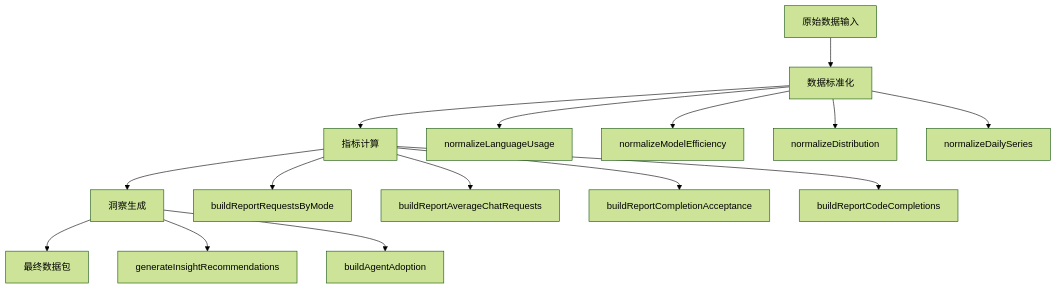
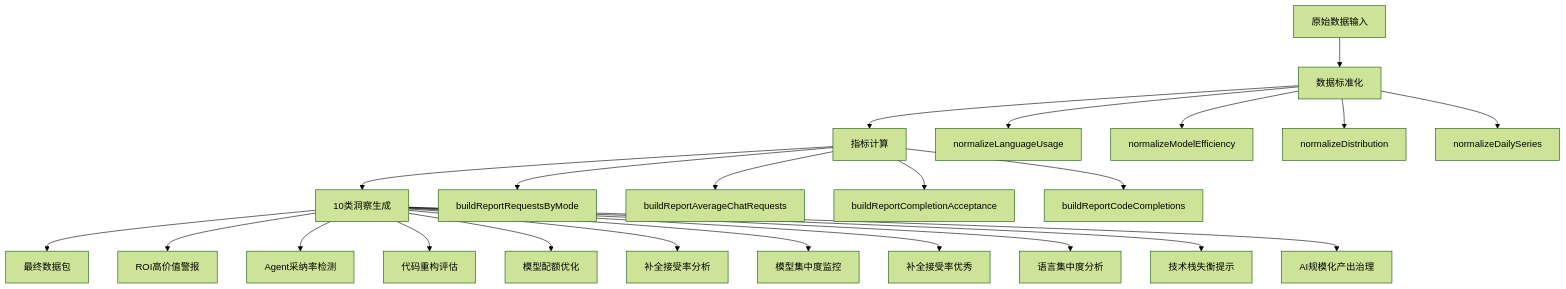
The third of 6 diagrams in .qoder/repowiki/zh/content/核心模块/Insights数据聚合模块.md (kissingwolf/CopilotEnterpriseUsageDisplay), drawn with Mermaid (forest theme) before and after one commit. The commit also changed other lines of this file and 4 other files, not shown here.

````diff
--- a/.qoder/repowiki/zh/content/核心模块/Insights数据聚合模块.md
+++ b/.qoder/repowiki/zh/content/核心模块/Insights数据聚合模块.md
@@ -212,17 +225,25 @@
 ```mermaid
 flowchart TD
 A[原始数据输入] --> B[数据标准化]
 B --> C[指标计算]
-C --> D[洞察生成]
+C --> D[10类洞察生成]
 D --> E[最终数据包]
 B --> B1[normalizeLanguageUsage]
 B --> B2[normalizeModelEfficiency]
 B --> B3[normalizeDistribution]
 B --> B4[normalizeDailySeries]
 C --> C1[buildReportRequestsByMode]
 C --> C2[buildReportAverageChatRequests]
 C --> C3[buildReportCompletionAcceptance]
 C --> C4[buildReportCodeCompletions]
-D --> D1[generateInsightRecommendations]
-D --> D2[buildAgentAdoption]
+D --> D1[ROI高价值警报]
+D --> D2[Agent采纳率检测]
+D --> D3[代码重构评估]
+D --> D4[模型配额优化]
+D --> D5[补全接受率分析]
+D --> D6[模型集中度监控]
+D --> D7[补全接受率优秀]
+D --> D8[语言集中度分析]
+D --> D9[技术栈失衡提示]
+D --> D10[AI规模化产出治理]
 ```
````
